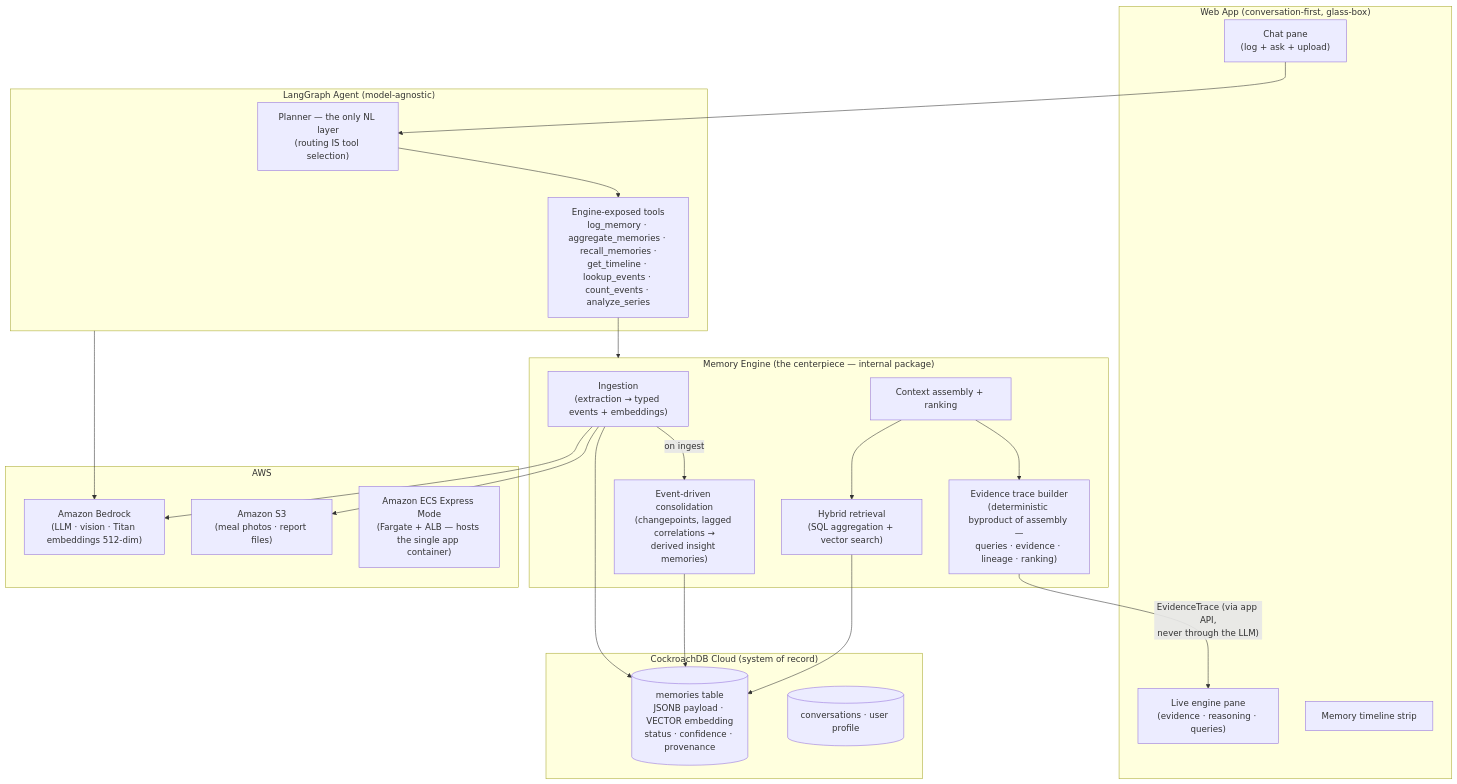
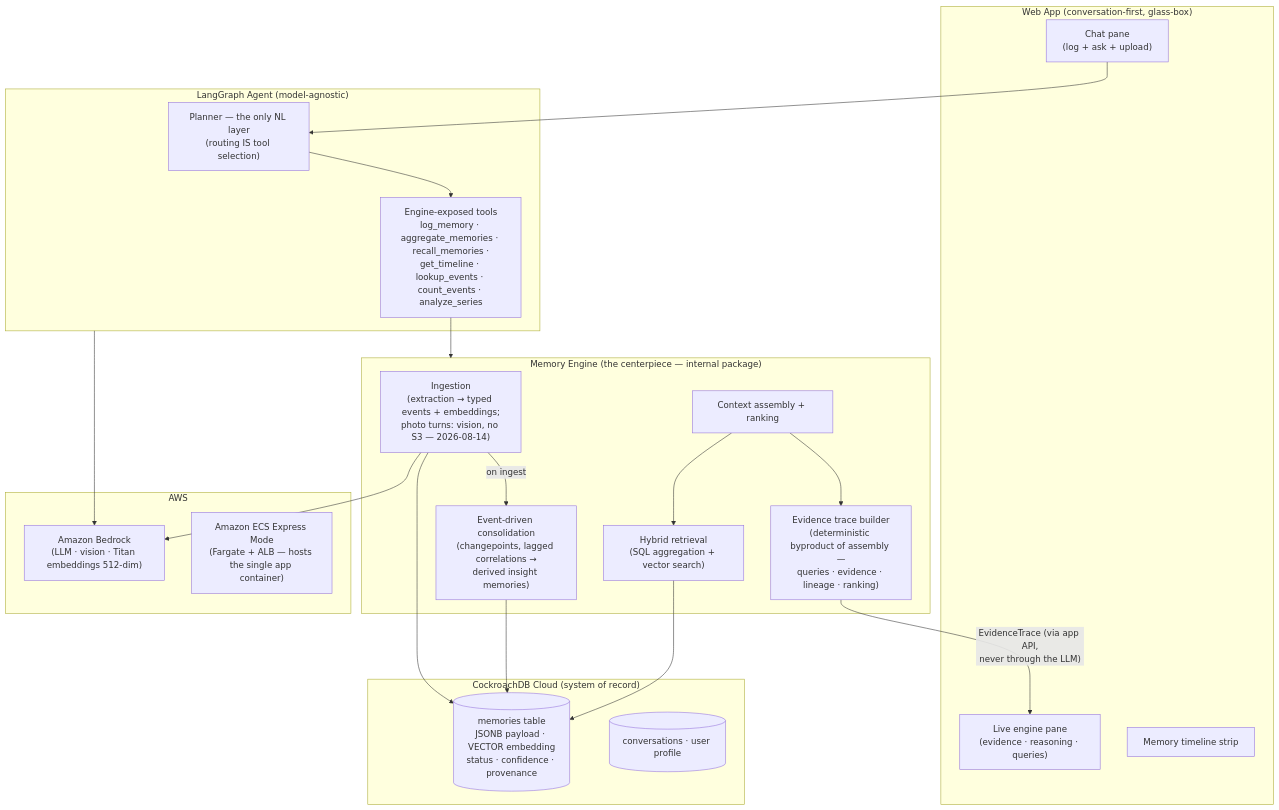
The diagram in docs/office-hours/02-architecture-overview.md (adityajamge/ai-fitness-memory-agent), drawn with Mermaid before and after one commit. The commit also changed other lines of this file and 27 other files, not shown here.

First line of the commit message:
feat: ship M7 photo ingestion (ephemeral) + M6 latency-profile tooling

````diff
--- a/docs/office-hours/02-architecture-overview.md
+++ b/docs/office-hours/02-architecture-overview.md
@@ -7,46 +7,44 @@
 ```mermaid
 flowchart TB
     subgraph Client["Web App (conversation-first, glass-box)"]
         CHAT["Chat pane<br/>(log + ask + upload)"]
         ENGINE_PANE["Live engine pane<br/>(evidence · reasoning · queries)"]
         TIMELINE["Memory timeline strip"]
     end
 
     subgraph Agent["LangGraph Agent (model-agnostic)"]
         ROUTER["Planner — the only NL layer<br/>(routing IS tool selection)"]
         TOOLS["Engine-exposed tools<br/>log_memory · aggregate_memories · recall_memories ·<br/>get_timeline · lookup_events · count_events · analyze_series"]
     end
 
     subgraph ME["Memory Engine (the centerpiece — internal package)"]
-        INGEST["Ingestion<br/>(extraction → typed events + embeddings)"]
+        INGEST["Ingestion<br/>(extraction → typed events + embeddings;<br/>photo turns: vision, no S3 — 2026-08-14)"]
         RETRIEVE["Hybrid retrieval<br/>(SQL aggregation + vector search)"]
         CONSOLIDATE["Event-driven consolidation<br/>(changepoints, lagged correlations →<br/>derived insight memories)"]
         ASSEMBLE["Context assembly + ranking"]
         TRACE["Evidence trace builder<br/>(deterministic byproduct of assembly —<br/>queries · evidence · lineage · ranking)"]
     end
 
     subgraph AWS["AWS"]
         BEDROCK["Amazon Bedrock<br/>(LLM · vision · Titan embeddings 512-dim)"]
-        S3["Amazon S3<br/>(meal photos · report files)"]
         ECSEXPRESS["Amazon ECS Express Mode<br/>(Fargate + ALB — hosts the single app container)"]
     end
 
     subgraph CRDB["CockroachDB Cloud (system of record)"]
         MEMORIES[("memories table<br/>JSONB payload · VECTOR embedding<br/>status · confidence · provenance")]
         AUX[("conversations · user profile")]
     end
 
     CHAT --> ROUTER
     ROUTER --> TOOLS
     TOOLS --> ME
     INGEST --> BEDROCK
-    INGEST --> S3
     INGEST --> MEMORIES
     INGEST -->|"on ingest"| CONSOLIDATE
     CONSOLIDATE --> MEMORIES
     RETRIEVE --> MEMORIES
     ASSEMBLE --> RETRIEVE
     ASSEMBLE --> TRACE
     TRACE -->|"EvidenceTrace (via app API,<br/>never through the LLM)"| ENGINE_PANE
     Agent --> BEDROCK
 ```
````
